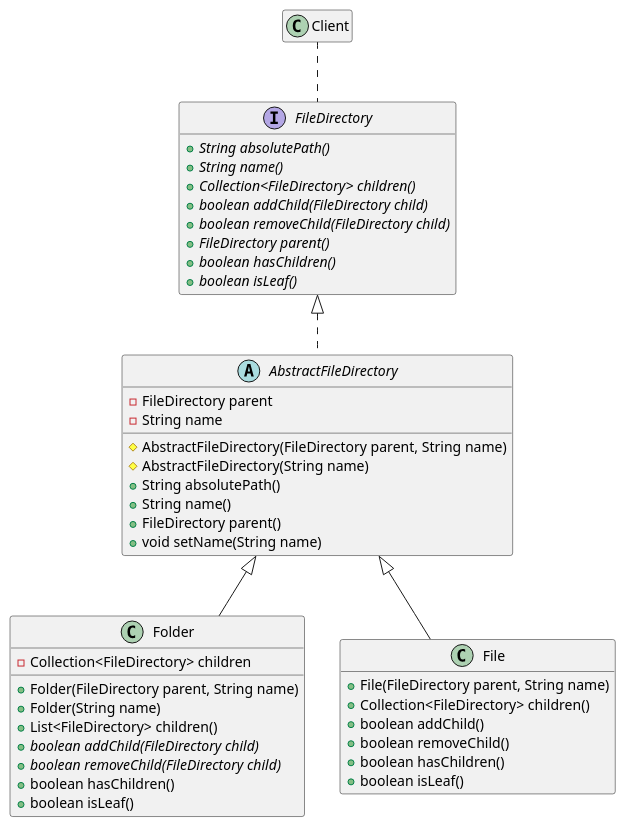
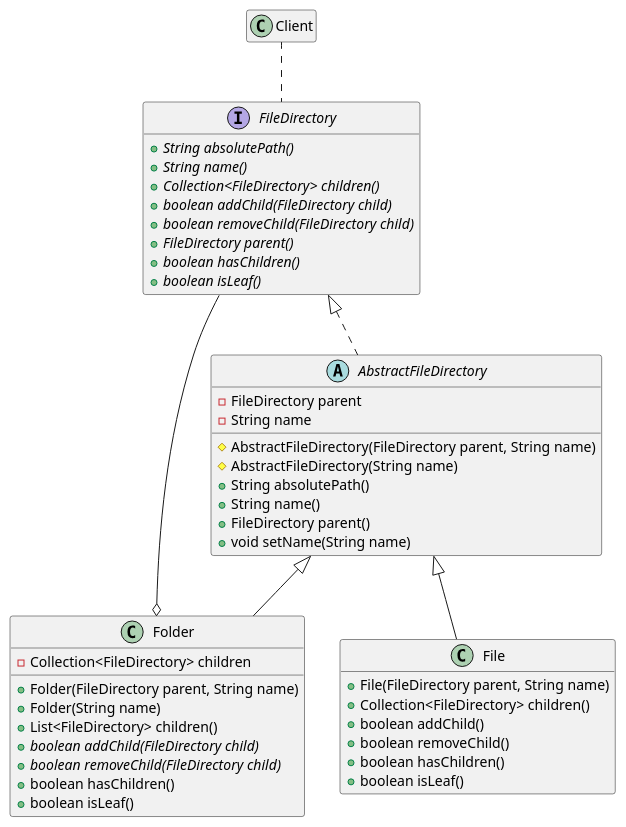
Before and after one commit to lealceldeiro/gems: the diagram in DesignPatternsElementsOfReusableObjectOrientesSoftware/Chapter04/Composite/Composite.puml, drawn with PlantUML.

```diff
--- a/DesignPatternsElementsOfReusableObjectOrientesSoftware/Chapter04/Composite/Composite.puml
+++ b/DesignPatternsElementsOfReusableObjectOrientesSoftware/Chapter04/Composite/Composite.puml
@@ -1,52 +1,53 @@
 @startuml
 
 interface FileDirectory {
     + {abstract} String absolutePath()
     + {abstract} String name()
     + {abstract} Collection<FileDirectory> children()
     + {abstract} boolean addChild(FileDirectory child)
     + {abstract} boolean removeChild(FileDirectory child)
     + {abstract} FileDirectory parent()
     + {abstract} boolean hasChildren()
     + {abstract} boolean isLeaf()
 }
 
 abstract class AbstractFileDirectory implements FileDirectory {
     - FileDirectory parent
     - String name
     # AbstractFileDirectory(FileDirectory parent, String name)
     # AbstractFileDirectory(String name)
     + String absolutePath()
     + String name()
     + FileDirectory parent()
     + void setName(String name)
 }
 
 class Folder extends AbstractFileDirectory {
     - Collection<FileDirectory> children
     + Folder(FileDirectory parent, String name)
     + Folder(String name)
     + List<FileDirectory> children()
     + {abstract} boolean addChild(FileDirectory child)
     + {abstract} boolean removeChild(FileDirectory child)
     + boolean hasChildren()
     + boolean isLeaf()
 }
 
+Folder o-- FileDirectory
 
 class File extends AbstractFileDirectory {
     + File(FileDirectory parent, String name)
     + Collection<FileDirectory> children()
     + boolean addChild()
     + boolean removeChild()
     + boolean hasChildren()
     + boolean isLeaf()
 }
 
 class Client
 
 Client .. FileDirectory
 
 hide empty members
 
 @enduml
```
